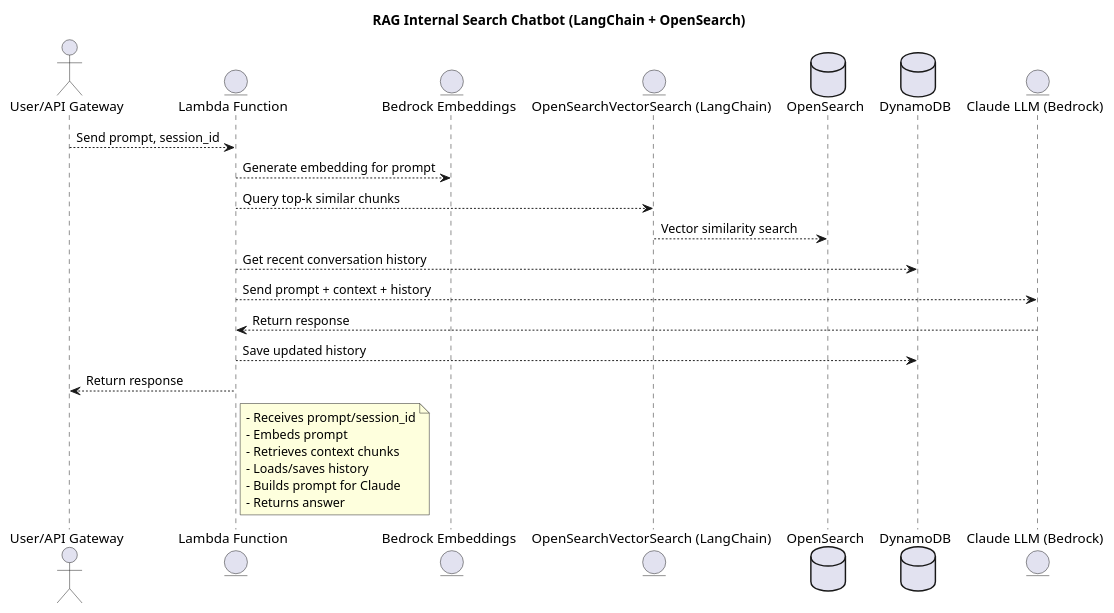
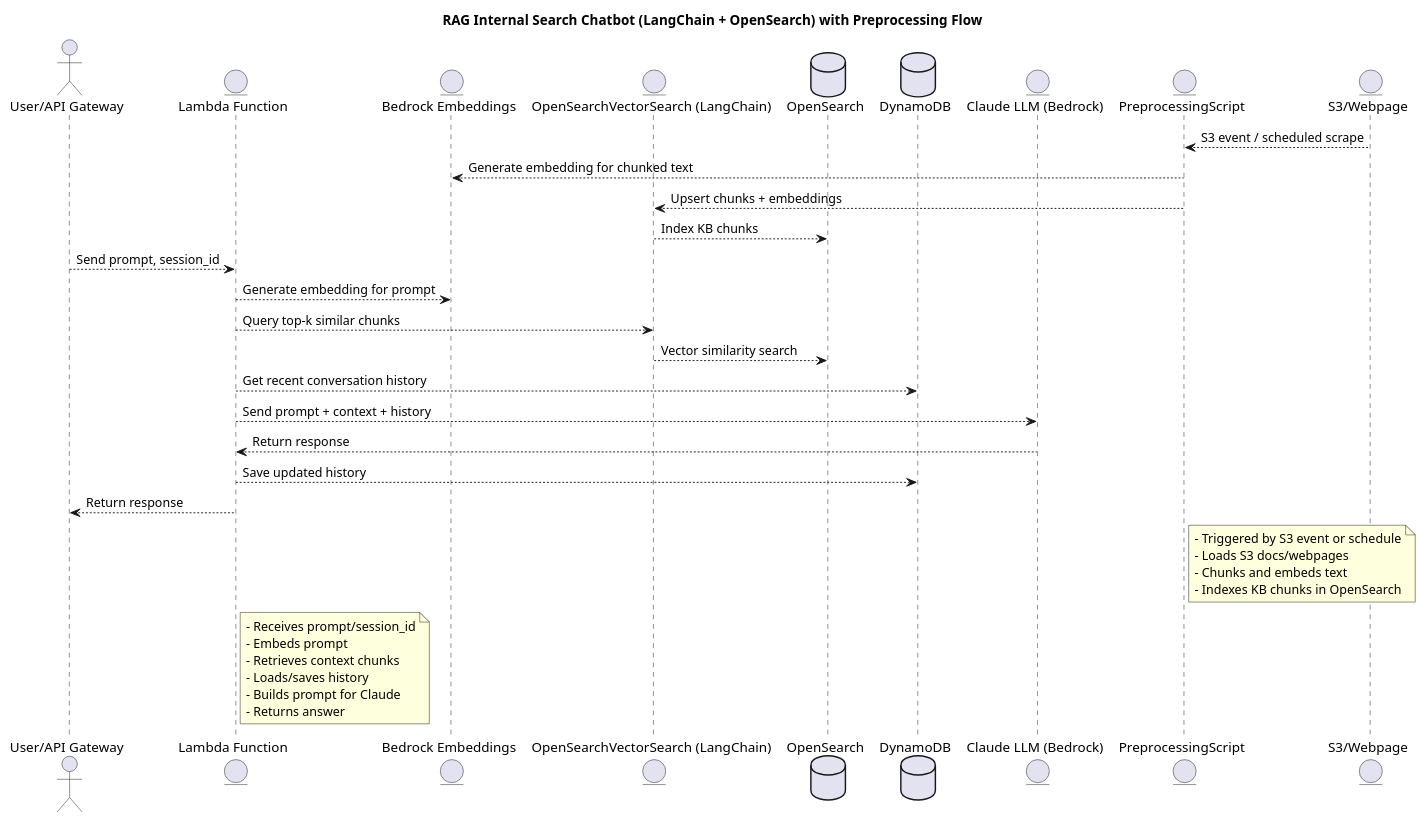
The diagram in RAGChatbots/Langchain_OpenSearch_Implementation/UML Diagrams/PUML/InternalSearchChatbot.puml (pavanchanduri/RAGChatbot), drawn with PlantUML before and after one commit. The commit also changed 10 other files, not shown here.

Commit message:
Modified and added UML diagrams

```diff
--- a/RAGChatbots/Langchain_OpenSearch_Implementation/UML Diagrams/PUML/InternalSearchChatbot.puml
+++ b/RAGChatbots/Langchain_OpenSearch_Implementation/UML Diagrams/PUML/InternalSearchChatbot.puml
@@ -1,31 +1,47 @@
-@startuml
-title RAG Internal Search Chatbot (LangChain + OpenSearch)
+@startuml InternalSearchChatbot
+title RAG Internal Search Chatbot (LangChain + OpenSearch) with Preprocessing Flow
 
 actor "User/API Gateway" as User
 entity "Lambda Function" as Lambda
 entity "Bedrock Embeddings" as BedrockEmbed
 entity "OpenSearchVectorSearch (LangChain)" as VectorSearch
 database "OpenSearch" as OS
 database "DynamoDB" as Dynamo
 entity "Claude LLM (Bedrock)" as Claude
+entity "PreprocessingScript" as Preprocess
+entity "S3/Webpage" as Source
 
+'--- Preprocessing Flow ---
+Source --> Preprocess : S3 event / scheduled scrape
+Preprocess --> BedrockEmbed : Generate embedding for chunked text
+Preprocess --> VectorSearch : Upsert chunks + embeddings
+VectorSearch --> OS : Index KB chunks
+
+'--- Chatbot Flow ---
 User --> Lambda : Send prompt, session_id
 Lambda --> BedrockEmbed : Generate embedding for prompt
 Lambda --> VectorSearch : Query top-k similar chunks
 VectorSearch --> OS : Vector similarity search
 Lambda --> Dynamo : Get recent conversation history
 Lambda --> Claude : Send prompt + context + history
 Claude --> Lambda : Return response
 Lambda --> Dynamo : Save updated history
 Lambda --> User : Return response
+
+note right of Preprocess
+- Triggered by S3 event or schedule
+- Loads S3 docs/webpages
+- Chunks and embeds text
+- Indexes KB chunks in OpenSearch
+end note
 
 note right of Lambda
 - Receives prompt/session_id
 - Embeds prompt
 - Retrieves context chunks
 - Loads/saves history
 - Builds prompt for Claude
 - Returns answer
 end note
 
 @enduml
```
